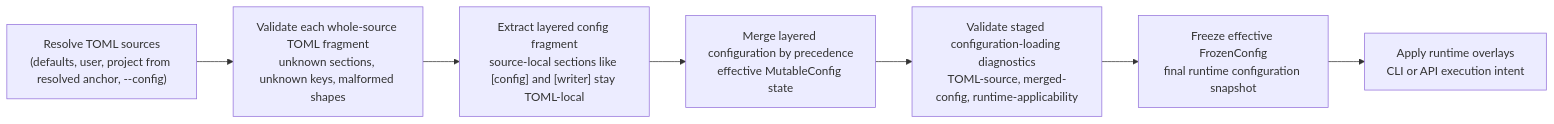
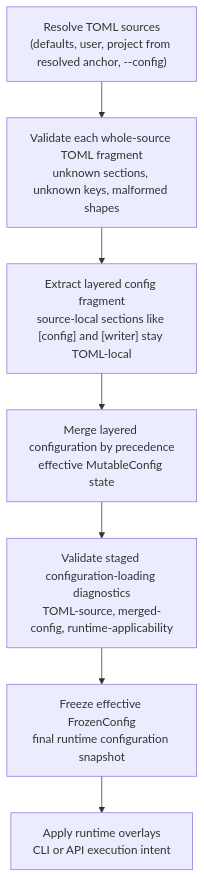
Before and after one commit to shutterfreak/topmark: the diagram in docs/configuration/index.md, drawn with Mermaid. The commit also changed other lines of this file and 13 other files, not shown here.

````diff
--- a/docs/configuration/index.md
+++ b/docs/configuration/index.md
@@ -95,12 +95,12 @@
 ```mermaid
-flowchart LR
+flowchart TD
     A["Resolve TOML sources<br/>(defaults, user, project from resolved anchor, --config)"]
     B["Validate each whole-source TOML fragment<br/>unknown sections, unknown keys, malformed shapes"]
     C["Extract layered config fragment<br/>source-local sections like [config] and [writer] stay TOML-local"]
     D["Merge layered configuration by precedence<br/>effective MutableConfig state"]
     E["Validate staged configuration-loading diagnostics<br/>TOML-source, merged-config, runtime-applicability"]
     F["Freeze effective FrozenConfig<br/>final runtime configuration snapshot"]
     G["Apply runtime overlays<br/>CLI or API execution intent"]
 
     A --> B --> C --> D --> E --> F --> G
 ```
````
